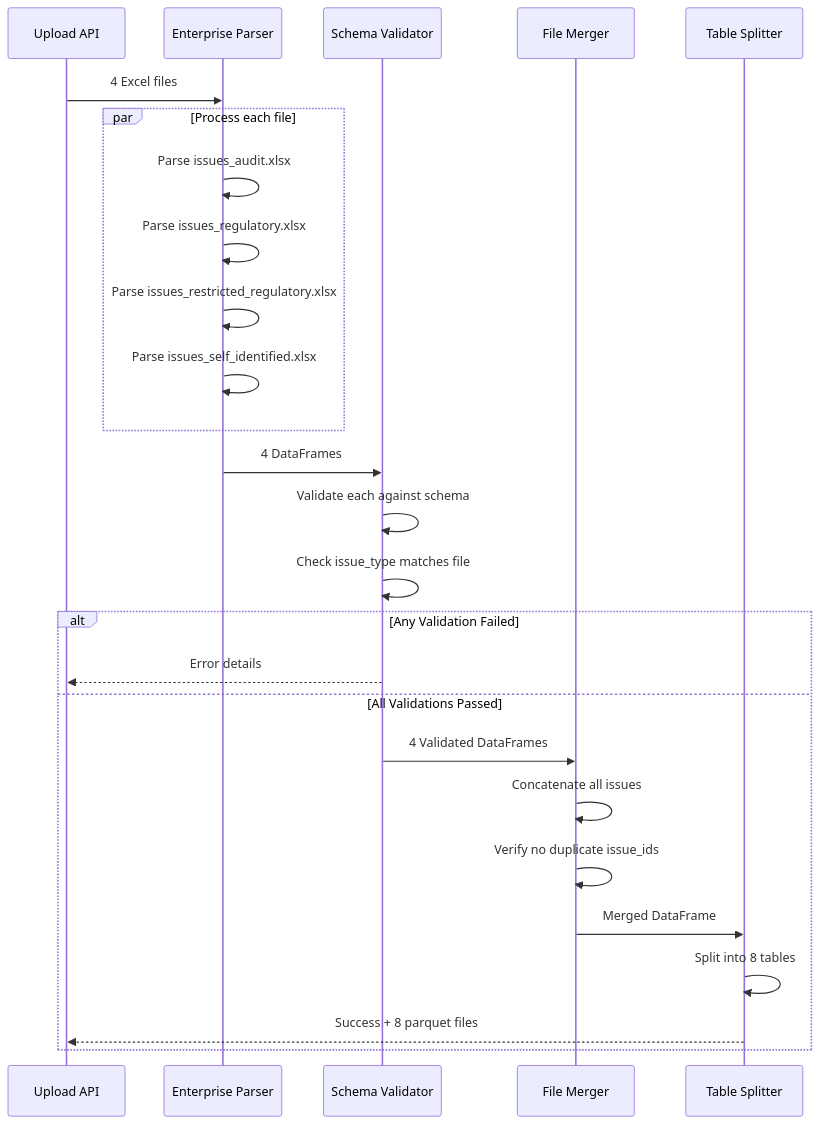
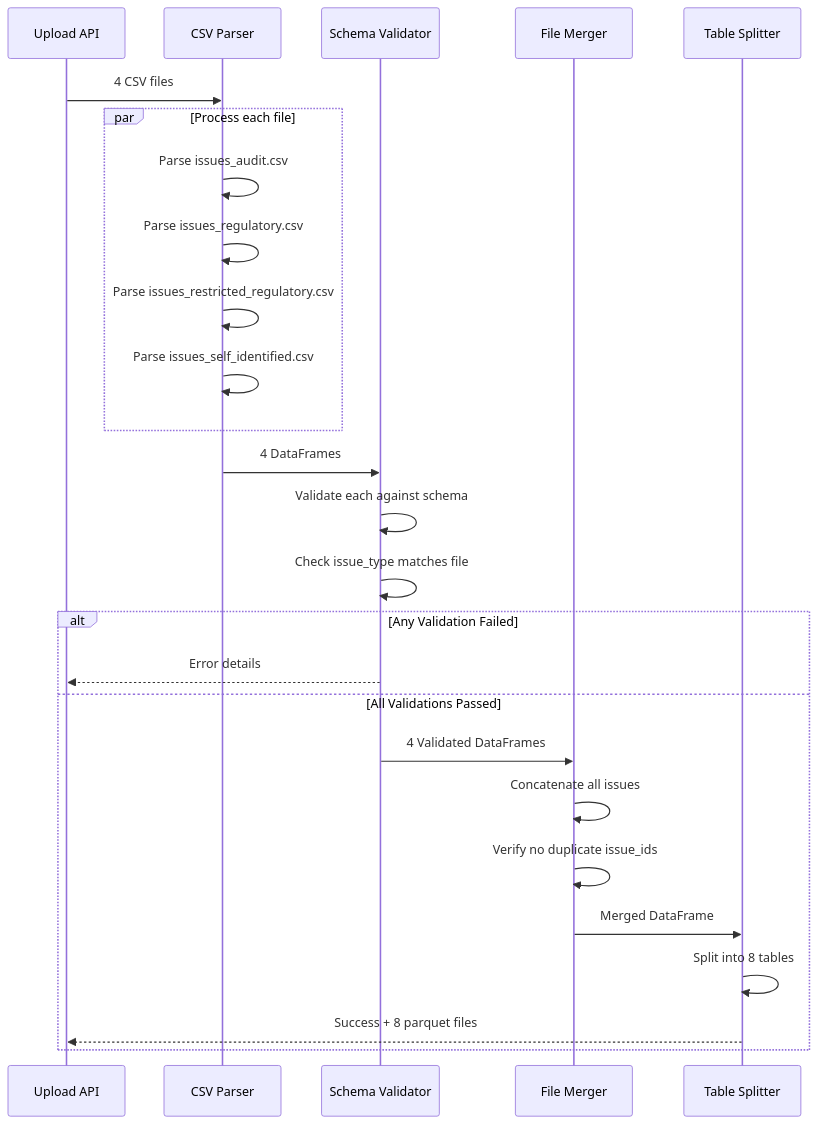
The third of 6 diagrams in docs/pipelines/issues-pipeline.md (white07S/application), drawn with Mermaid before and after one commit. The commit also changed other lines of this file and 28 other files, not shown here.

````diff
--- a/docs/pipelines/issues-pipeline.md
+++ b/docs/pipelines/issues-pipeline.md
@@ -582,32 +582,32 @@
 ```mermaid
 sequenceDiagram
     participant Upload as Upload API
-    participant Parser as Enterprise Parser
+    participant Parser as CSV Parser
     participant Validator as Schema Validator
     participant Merger as File Merger
     participant Splitter as Table Splitter
 
-    Upload->>Parser: 4 Excel files
+    Upload->>Parser: 4 CSV files
 
     par Process each file
-        Parser->>Parser: Parse issues_audit.xlsx
-        Parser->>Parser: Parse issues_regulatory.xlsx
-        Parser->>Parser: Parse issues_restricted_regulatory.xlsx
-        Parser->>Parser: Parse issues_self_identified.xlsx
+        Parser->>Parser: Parse issues_audit.csv
+        Parser->>Parser: Parse issues_regulatory.csv
+        Parser->>Parser: Parse issues_restricted_regulatory.csv
+        Parser->>Parser: Parse issues_self_identified.csv
     end
 
     Parser->>Validator: 4 DataFrames
     Validator->>Validator: Validate each against schema
     Validator->>Validator: Check issue_type matches file
 
     alt Any Validation Failed
         Validator-->>Upload: Error details
     else All Validations Passed
         Validator->>Merger: 4 Validated DataFrames
         Merger->>Merger: Concatenate all issues
         Merger->>Merger: Verify no duplicate issue_ids
         Merger->>Splitter: Merged DataFrame
         Splitter->>Splitter: Split into 8 tables
         Splitter-->>Upload: Success + 8 parquet files
     end
 ```
````
